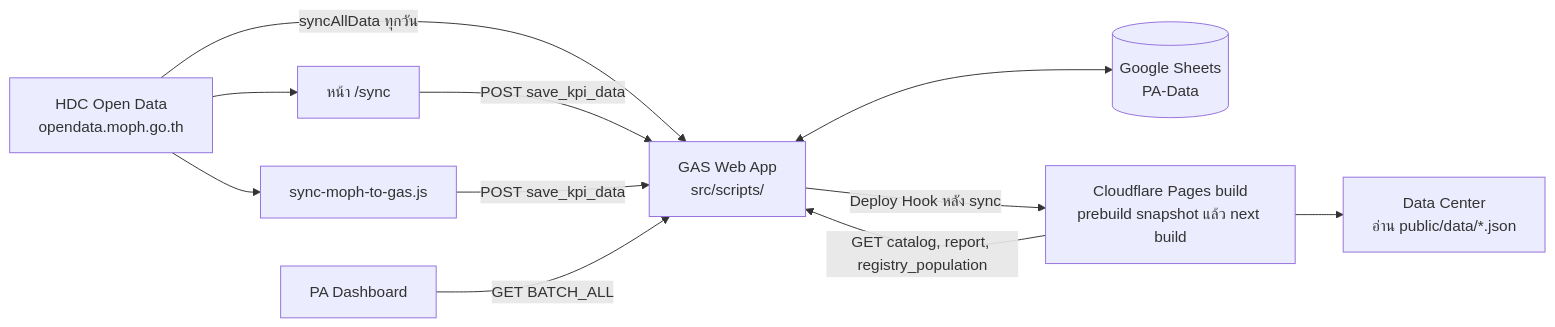
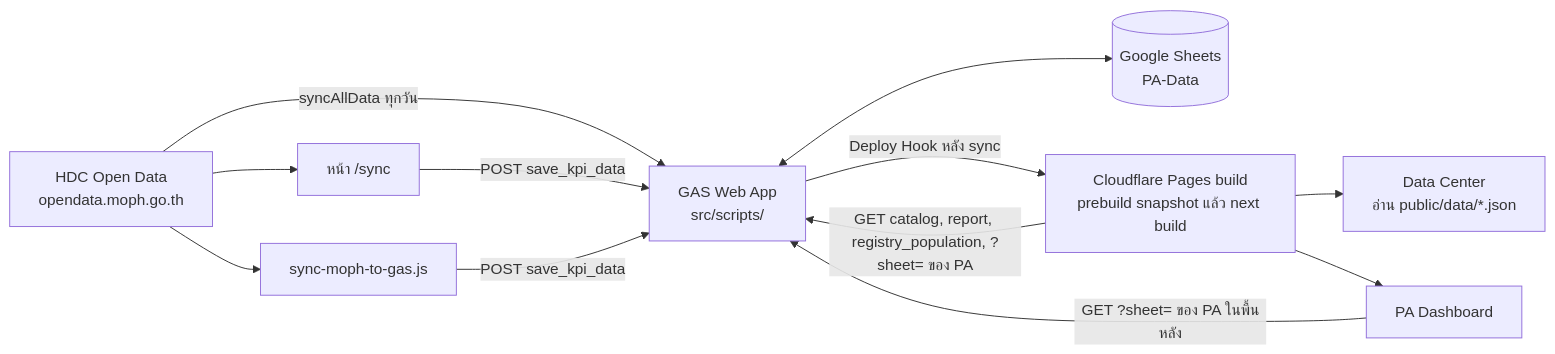
Before and after one commit to 9GotStory/pa-dashboard: the diagram in README.md, drawn with Mermaid. The commit also changed other lines of this file and 6 other files, not shown here.

First line of the commit message:
feat: F83 /pa renders at build then refreshes from GAS (#322) (#330)

````diff
--- a/README.md
+++ b/README.md
@@ -21,20 +21,20 @@
 ```mermaid
 flowchart LR
   MOPH["HDC Open Data<br/>opendata.moph.go.th"]
   PAGE["หน้า /sync"]
   NODE["sync-moph-to-gas.js"]
   GAS["GAS Web App<br/>src/scripts/"]
   SHEETS[("Google Sheets<br/>PA-Data")]
   PA["PA Dashboard"]
   BUILD["Cloudflare Pages build<br/>prebuild snapshot แล้ว next build"]
   DC["Data Center<br/>อ่าน public/data/*.json"]
 
   MOPH -->|"syncAllData ทุกวัน"| GAS
   MOPH --> PAGE & NODE
   PAGE & NODE -->|"POST save_kpi_data"| GAS
   GAS <--> SHEETS
-  PA -->|"GET BATCH_ALL"| GAS
+  PA -->|"GET ?sheet= ของ PA ในพื้นหลัง"| GAS
   GAS -->|"Deploy Hook หลัง sync"| BUILD
-  BUILD -->|"GET catalog, report, registry_population"| GAS
-  BUILD --> DC
+  BUILD -->|"GET catalog, report, registry_population, ?sheet= ของ PA"| GAS
+  BUILD --> DC & PA
 ```
````
